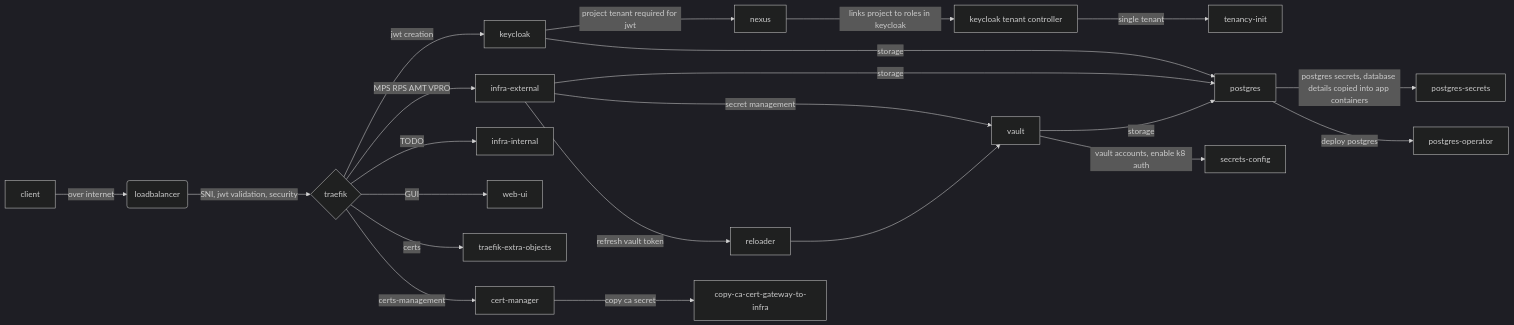
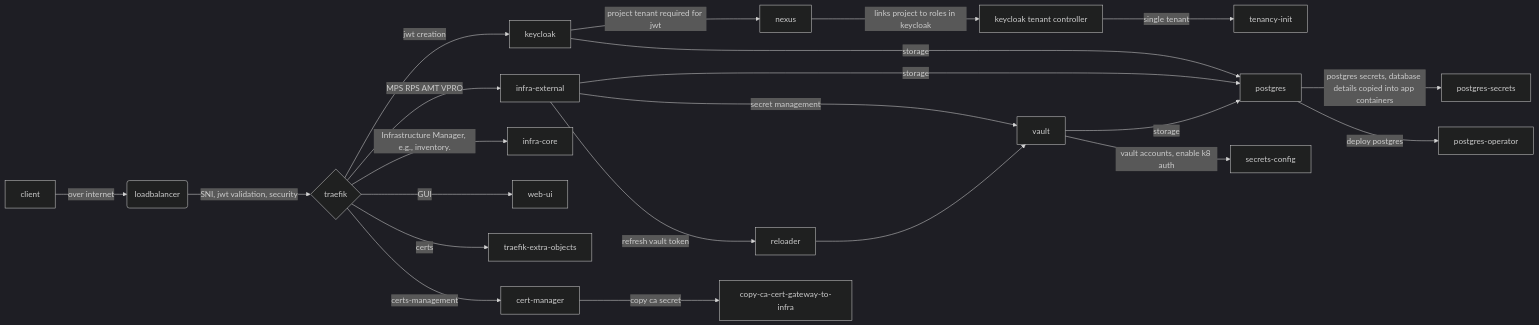
One commit to open-edge-platform/edge-manageability-framework changed the diagram in design-proposals/vpro-profile-simplification.md. Above: the diagram before and after it, drawn with Mermaid (dark theme).

````diff
--- a/design-proposals/vpro-profile-simplification.md
+++ b/design-proposals/vpro-profile-simplification.md
@@ -17,25 +17,25 @@
 ```mermaid
 flowchart LR
 
 A[client] -->|over internet| loadbalancer(loadbalancer)
 loadbalancer -->|SNI, jwt validation, security| traefik{traefik}
 traefik -->|jwt creation| keycloak[keycloak]
 traefik -->|MPS RPS AMT VPRO| infra-external[infra-external]
-traefik -->|TODO| infra-internal[infra-internal]
+traefik -->|Infrastructure Manager, e.g., inventory.| infra-core[infra-core]
 traefik -->|GUI| web-ui[web-ui]
 traefik -->|certs| traefik-extra-objects[traefik-extra-objects]
 traefik -->|certs-management| cert-manager[cert-manager]
 cert-manager --> |copy ca secret| copy-ca-cert-gateway-to-infra[copy-ca-cert-gateway-to-infra]
 keycloak -->|project tenant required for jwt| nexus[nexus]
 keycloak -->|storage| postgres[postgres]
 nexus -->|links project to roles in keycloak| ktc[keycloak tenant controller]
 ktc -->|single tenant| tenancy-init[tenancy-init]
 infra-external -->|storage| postgres[postgres]
 infra-external -->|secret management| vault[vault]
 infra-external -->|refresh vault token| reloader
 reloader --> vault[vault]
 vault -->|storage| postgres[postgres]
 vault -->|vault accounts, enable k8 auth| secrets-config[secrets-config]
 postgres -->|postgres secrets, database details copied into app containers| postgres-secrets[postgres-secrets]
 postgres -->|deploy postgres| postgres-operator[postgres-operator]
 ```
````
